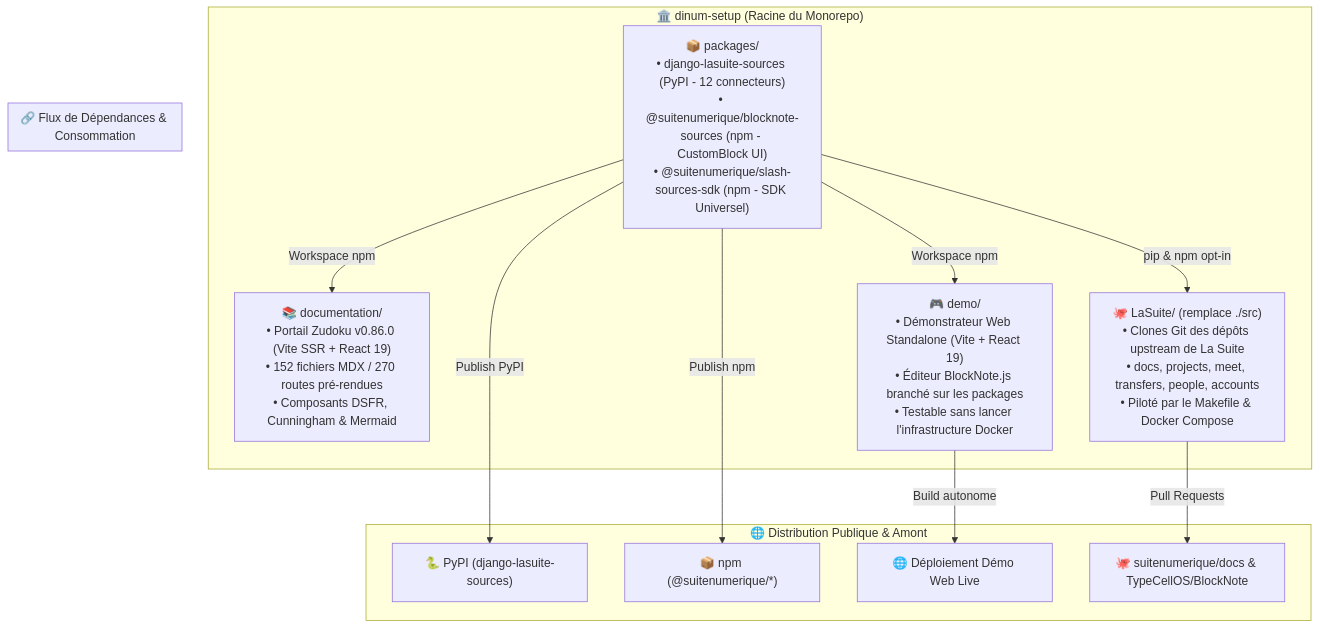
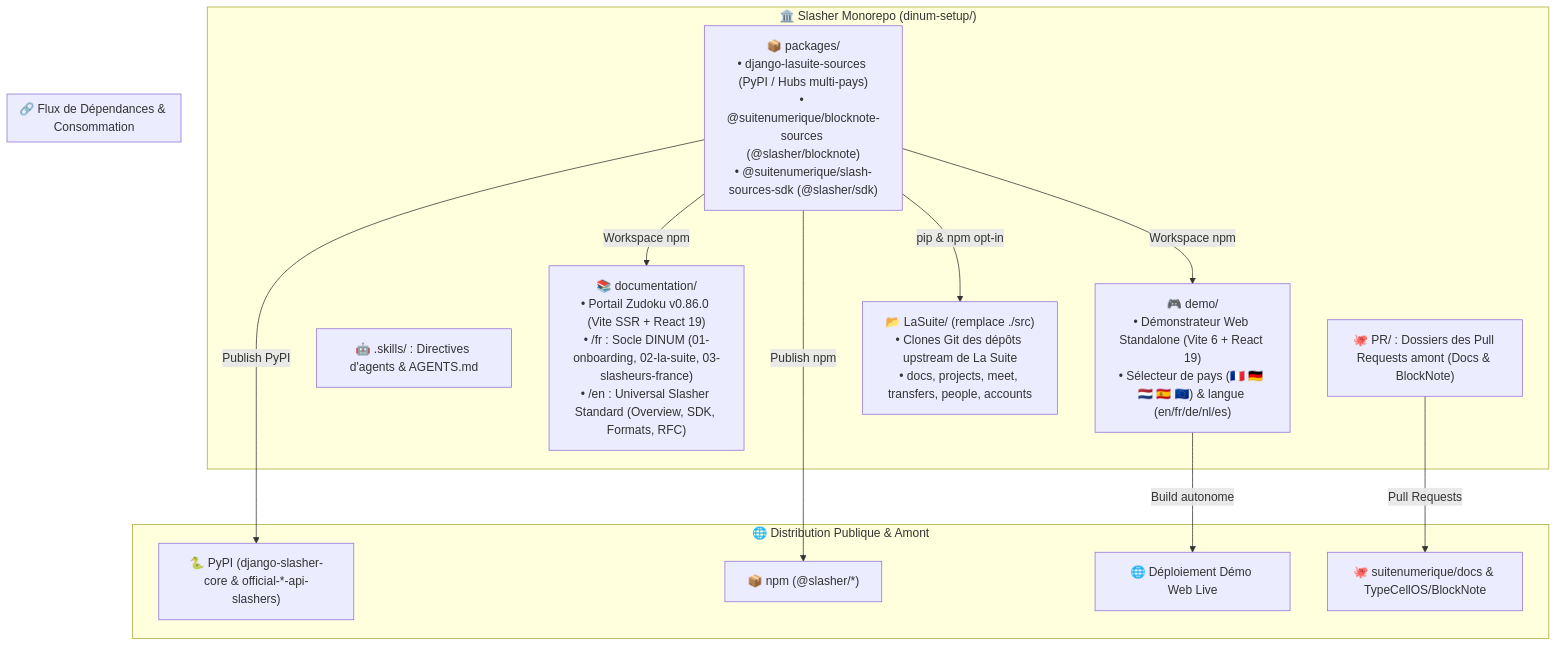
The diagram in ARCHITECTURE.md (waxland/dinum-setup), drawn with Mermaid before and after one commit. The commit also changed other lines of this file and 202 other files, not shown here.

````diff
--- a/ARCHITECTURE.md
+++ b/ARCHITECTURE.md
@@ -14,22 +14,24 @@
 ```mermaid
 flowchart TD
-    subgraph Root["🏛️ dinum-setup (Racine du Monorepo)"]
-        Documentation["📚 documentation/<br/>• Portail Zudoku v0.86.0 (Vite SSR + React 19)<br/>• 152 fichiers MDX / 270 routes pré-rendues<br/>• Composants DSFR, Cunningham & Mermaid"]
-        Packages["📦 packages/<br/>• django-lasuite-sources (PyPI - 12 connecteurs)<br/>• @suitenumerique/blocknote-sources (npm - CustomBlock UI)<br/>• @suitenumerique/slash-sources-sdk (npm - SDK Universel)"]
-        Demo["🎮 demo/<br/>• Démonstrateur Web Standalone (Vite + React 19)<br/>• Éditeur BlockNote.js branché sur les packages<br/>• Testable sans lancer l'infrastructure Docker"]
-        LaSuite["🐙 LaSuite/ (remplace ./src)<br/>• Clones Git des dépôts upstream de La Suite<br/>• docs, projects, meet, transfers, people, accounts<br/>• Piloté par le Makefile & Docker Compose"]
+    subgraph Root["🏛️ Slasher Monorepo (dinum-setup/)"]
+        PR_Dir["🐙 PR/ : Dossiers des Pull Requests amont (Docs & BlockNote)"]
+        Skills_Dir["🤖 .skills/ : Directives d'agents & AGENTS.md"]
+        Documentation["📚 documentation/<br/>• Portail Zudoku v0.86.0 (Vite SSR + React 19)<br/>• /fr : Socle DINUM (01-onboarding, 02-la-suite, 03-slasheurs-france)<br/>• /en : Universal Slasher Standard (Overview, SDK, Formats, RFC)"]
+        Packages["📦 packages/<br/>• django-lasuite-sources (PyPI / Hubs multi-pays)<br/>• @suitenumerique/blocknote-sources (@slasher/blocknote)<br/>• @suitenumerique/slash-sources-sdk (@slasher/sdk)"]
+        Demo["🎮 demo/<br/>• Démonstrateur Web Standalone (Vite 6 + React 19)<br/>• Sélecteur de pays (🇫🇷 🇩🇪 🇳🇱 🇪🇸 🇪🇺) & langue (en/fr/de/nl/es)"]
+        LaSuite["📂 LaSuite/ (remplace ./src)<br/>• Clones Git des dépôts upstream de La Suite<br/>• docs, projects, meet, transfers, people, accounts"]
     end
 
     subgraph Integration["🔗 Flux de Dépendances & Consommation"]
         Packages -->|Workspace npm| Documentation
         Packages -->|Workspace npm| Demo
         Packages -->|pip & npm opt-in| LaSuite
     end
 
     subgraph Upstream["🌐 Distribution Publique & Amont"]
-        Packages -->|Publish PyPI| PyPI["🐍 PyPI (django-lasuite-sources)"]
-        Packages -->|Publish npm| NPM["📦 npm (@suitenumerique/*)"]
+        Packages -->|Publish PyPI| PyPI["🐍 PyPI (django-slasher-core & official-*-api-slashers)"]
+        Packages -->|Publish npm| NPM["📦 npm (@slasher/*)"]
         Demo -->|Build autonome| StandaloneSite["🌐 Déploiement Démo Web Live"]
-        LaSuite -->|Pull Requests| UpstreamRepos["🐙 suitenumerique/docs & TypeCellOS/BlockNote"]
+        PR_Dir -->|Pull Requests| UpstreamRepos["🐙 suitenumerique/docs & TypeCellOS/BlockNote"]
     end
 ```
````
